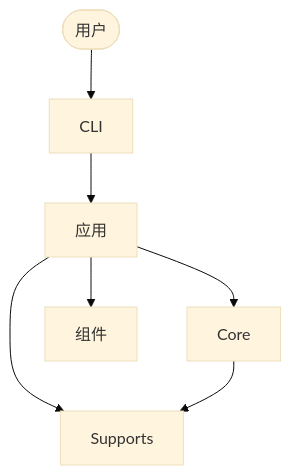
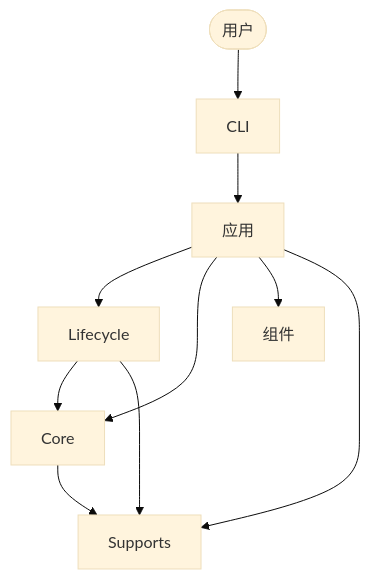
Before and after one commit to raser-team/raser: the first of 2 diagrams in docs/cn/architecture.md, drawn with Mermaid (base theme). The commit also changed other lines of this file and 5 other files, not shown here.

First line of the commit message:
docs(lifecycle): add Lifecycle to the index and the architecture page

````diff
--- a/docs/cn/architecture.md
+++ b/docs/cn/architecture.md
@@ -9,9 +9,12 @@
 ```mermaid
 flowchart TB
     user([用户]) --> cli[CLI]
     cli --> apps[应用]
+    apps --> lifecycle[Lifecycle]
     apps --> core[Core]
+    lifecycle --> core
+    lifecycle --> supports
     apps --> components[组件]
     apps --> supports[Supports]
     core --> supports
 ```
````
